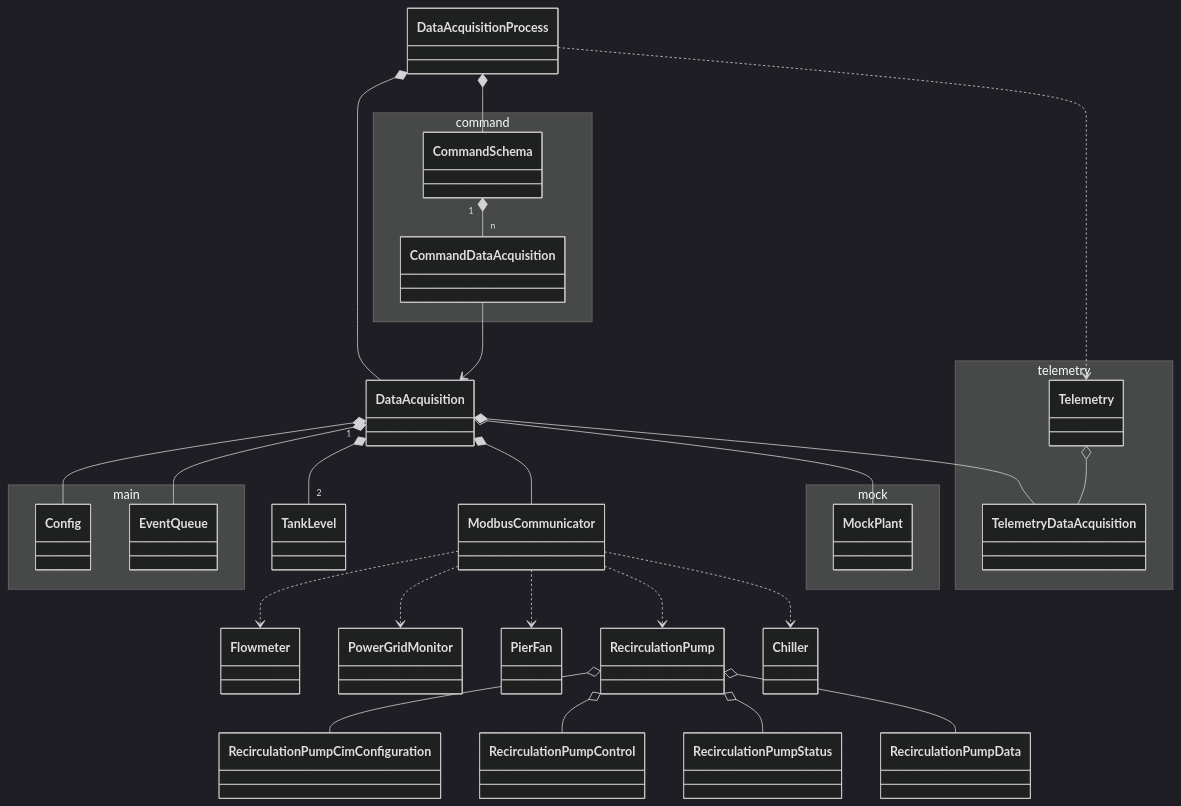
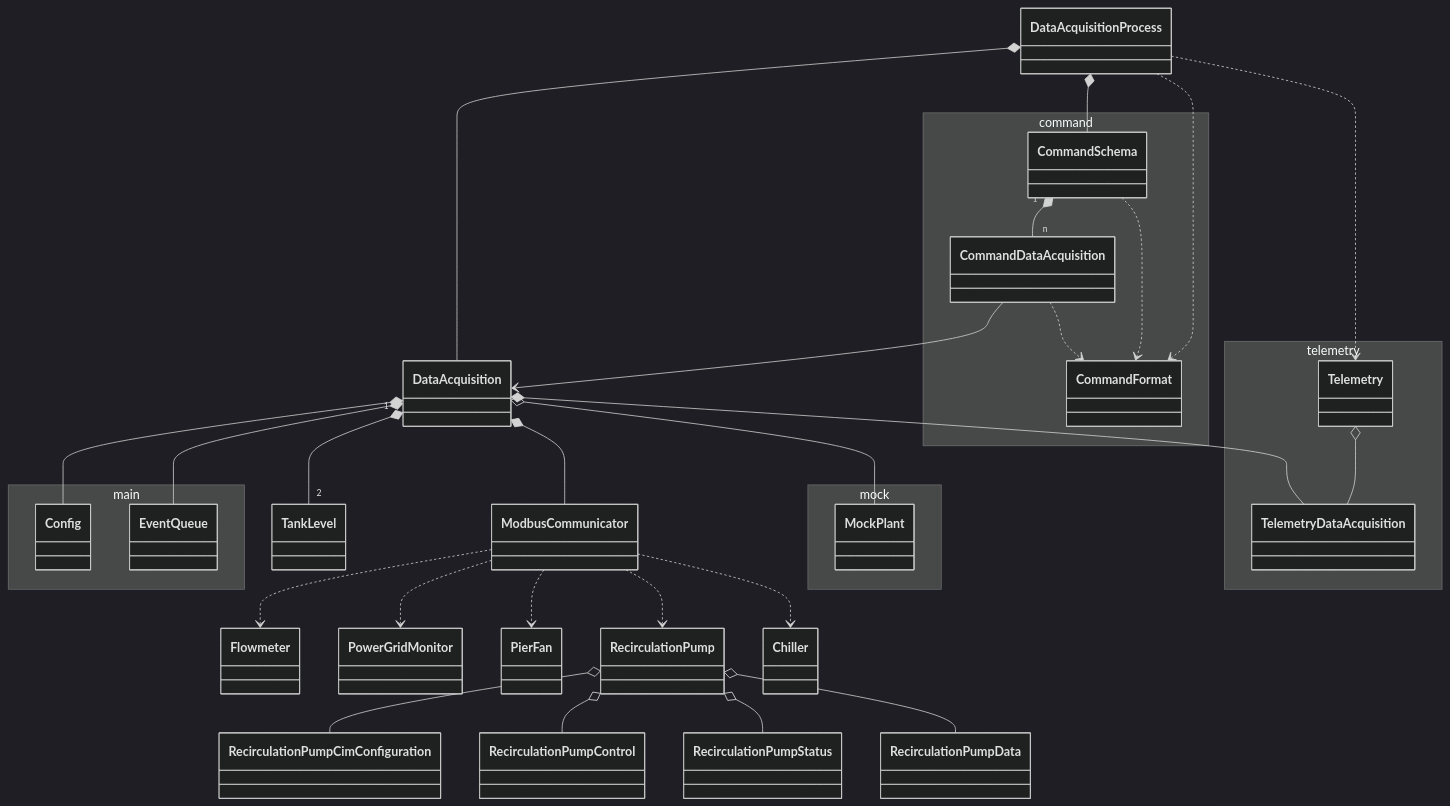
The second of 6 diagrams in doc/class_diagram.md (lsst-ts/ts_dynalene), drawn with Mermaid (dark theme) before and after one commit. The commit also changed other lines of this file and 10 other files, not shown here.

````diff
--- a/doc/class_diagram.md
+++ b/doc/class_diagram.md
@@ -24,50 +24,54 @@
 ```mermaid
 classDiagram
 
 namespace main {
   class Config
   class EventQueue
 }
 
 namespace telemetry {
   class Telemetry
   class TelemetryDataAcquisition
 }
 
 Telemetry o-- TelemetryDataAcquisition
 
 namespace mock {
   class MockPlant
 }
 
 namespace command {
+  class CommandFormat
   class CommandSchema
   class CommandDataAcquisition
 }
 
 RecirculationPump o-- RecirculationPumpCimConfiguration
 RecirculationPump o-- RecirculationPumpControl
 RecirculationPump o-- RecirculationPumpStatus
 RecirculationPump o-- RecirculationPumpData
 
 ModbusCommunicator ..> Flowmeter
 ModbusCommunicator ..> PowerGridMonitor
 ModbusCommunicator ..> PierFan
 ModbusCommunicator ..> RecirculationPump
 ModbusCommunicator ..> Chiller
 
 DataAcquisition *-- Config
 DataAcquisition *-- EventQueue
 DataAcquisition *-- TelemetryDataAcquisition
 DataAcquisition "1" *-- "2" TankLevel
 DataAcquisition *-- ModbusCommunicator
 DataAcquisition o-- MockPlant
 
 CommandSchema "1" *-- "n" CommandDataAcquisition
+CommandSchema ..> CommandFormat
 
 CommandDataAcquisition --> DataAcquisition
+CommandDataAcquisition ..> CommandFormat
 
 DataAcquisitionProcess *-- DataAcquisition
 DataAcquisitionProcess *-- CommandSchema
+DataAcquisitionProcess ..> CommandFormat
 DataAcquisitionProcess ..> Telemetry
 ```
````
